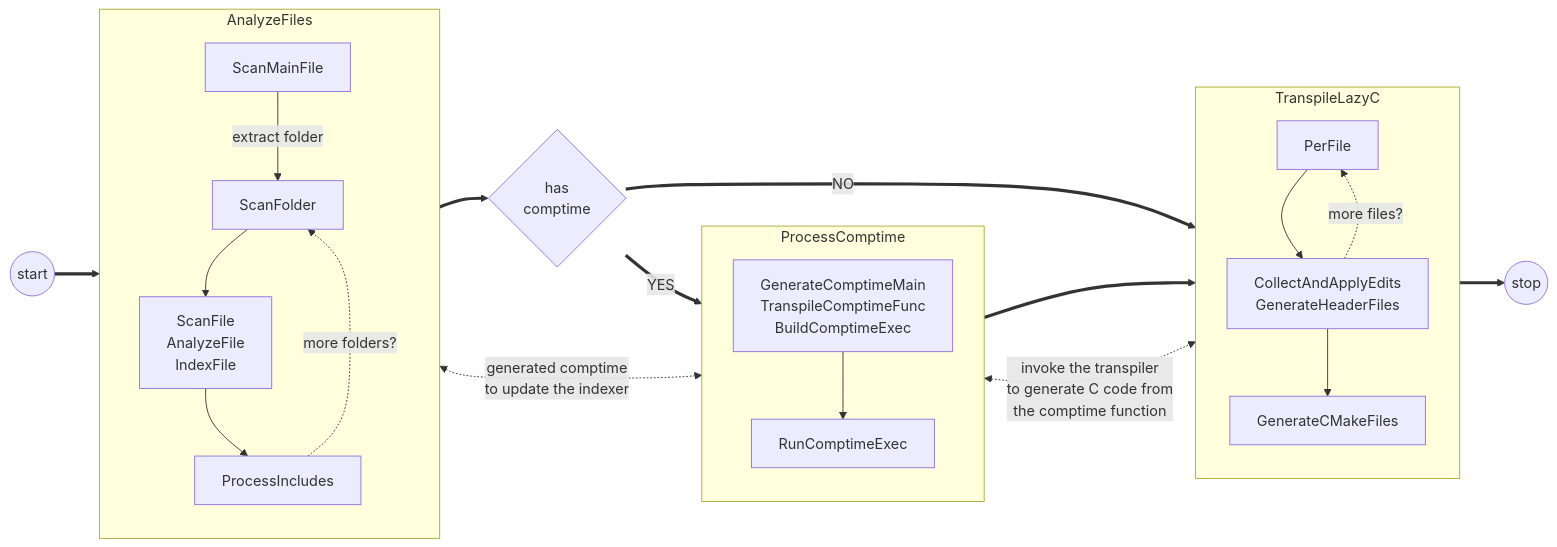
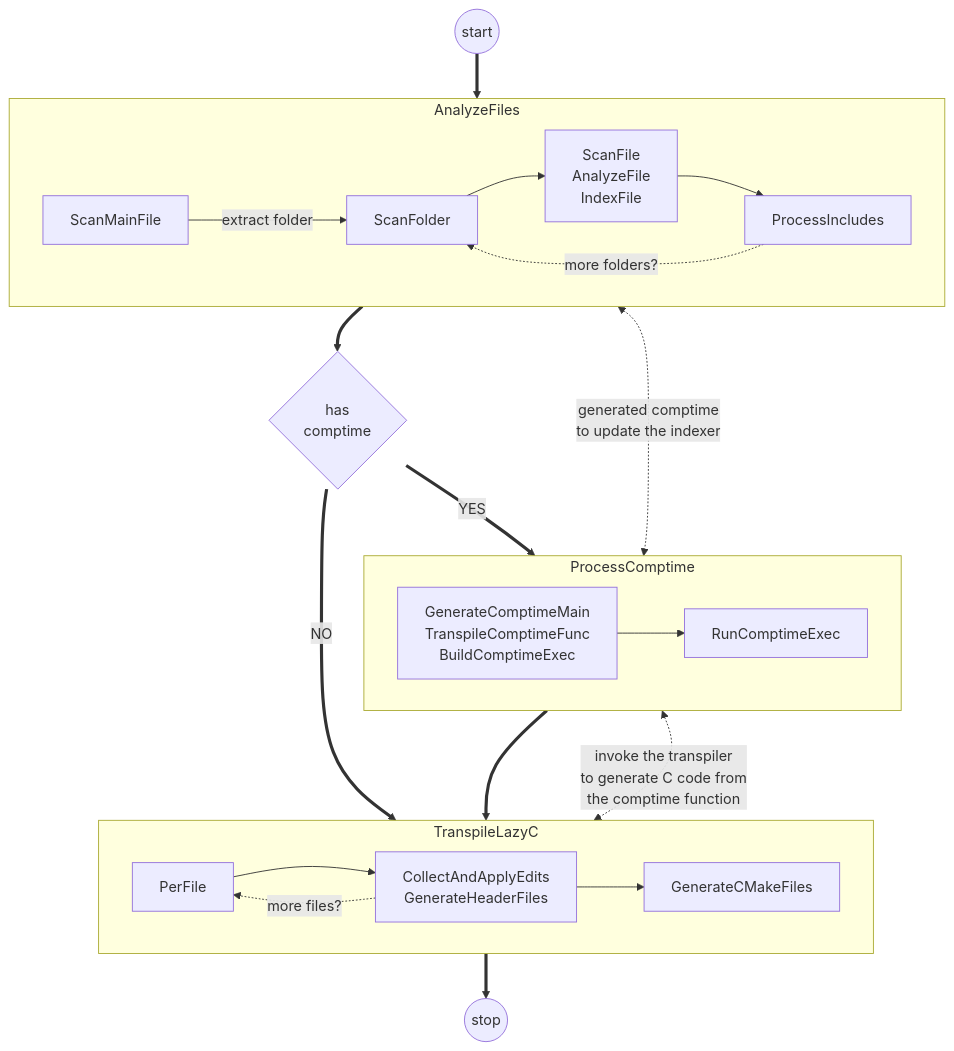
The first of 2 diagrams in NOTES.md (GuillaumeBouchetEpitech/LazyC), drawn with Mermaid before and after one commit. The commit also changed other lines of this file and 46 other files, not shown here.

````diff
--- a/NOTES.md
+++ b/NOTES.md
@@ -4,44 +4,44 @@
 ```mermaid
-flowchart LR
+flowchart
   start((start))
   stop((stop))
 
   subgraph AnalyzeFiles["AnalyzeFiles"]
     ScanMainFile -->|"extract folder"| ScanFolder
     ScanFolder --> ScanFile["ScanFile
     AnalyzeFile
     IndexFile"]
     ScanFile --> ProcessIncludes
     ProcessIncludes -.->|"more folders?"| ScanFolder
   end
 
   subgraph ProcessComptime["ProcessComptime"]
     GenerateComptimeCode["GenerateComptimeMain
     TranspileComptimeFunc
     BuildComptimeExec"]
     GenerateComptimeCode --> RunComptimeExec
   end
 
   subgraph TranspileLazyC["TranspileLazyC"]
     PerFile --> TranspileFile["CollectAndApplyEdits
     GenerateHeaderFiles"]
     TranspileFile -.->|"more files?"| PerFile
     TranspileFile --> GenerateCMakeFiles
   end
 
   has_comptime{"has
   comptime"}
 
   start ==> AnalyzeFiles
   AnalyzeFiles ==> has_comptime
   has_comptime ==>|"NO"| TranspileLazyC
   has_comptime ==>|"YES"| ProcessComptime
   AnalyzeFiles <-.->|"generated comptime
   to update the indexer"| ProcessComptime
   ProcessComptime ==> TranspileLazyC
   ProcessComptime <-.->|"invoke the transpiler
   to generate C code from
   the comptime function"| TranspileLazyC
   TranspileLazyC ==> stop
 
 ```
````
